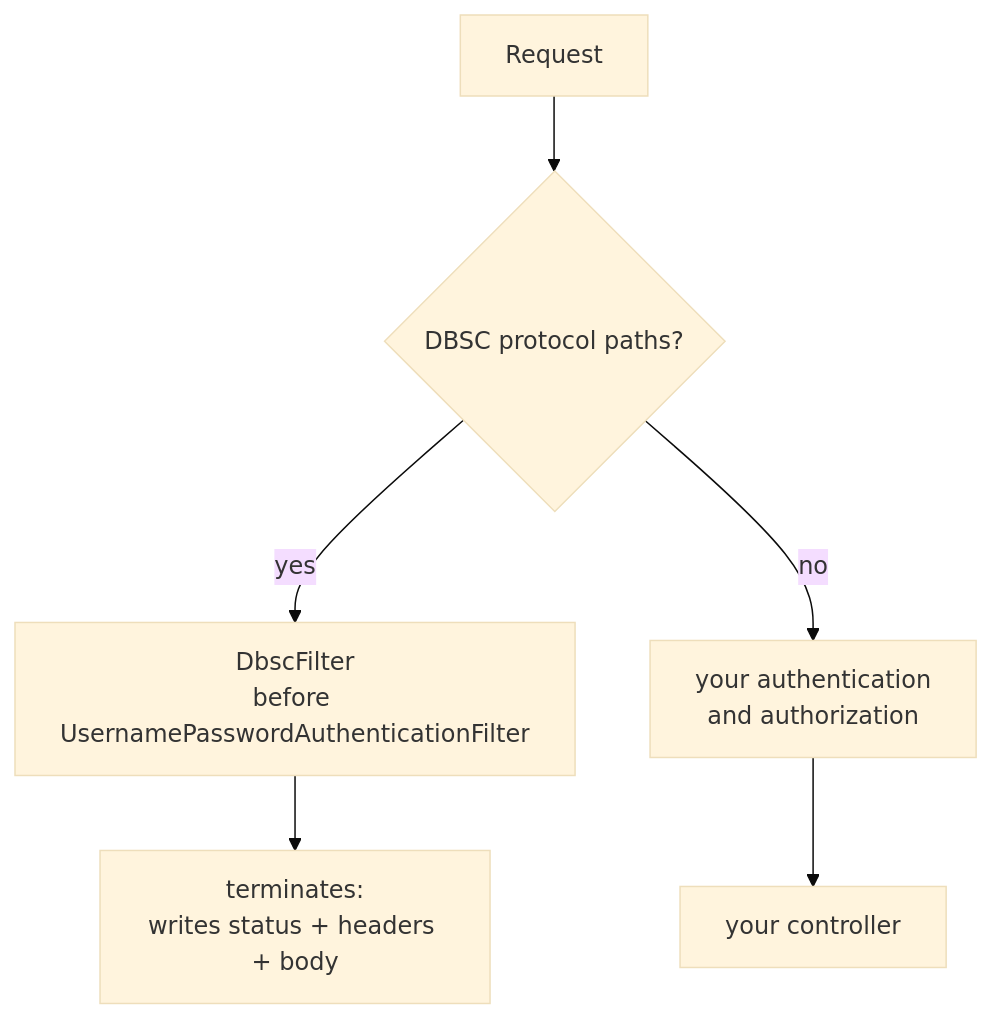
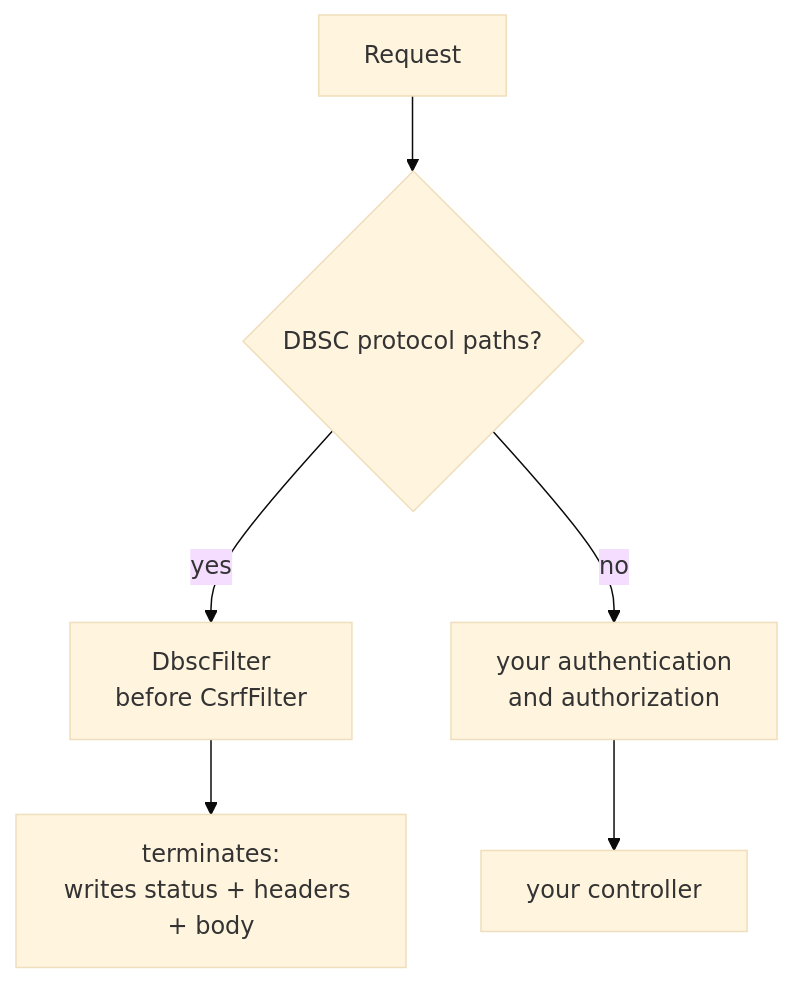
The diagram in README.md (yuukioosaka/spring-dbsc), drawn with Mermaid (base theme) before and after one commit. The commit also changed other lines of this file and 9 other files, not shown here.

````diff
--- a/README.md
+++ b/README.md
@@ -585,8 +365,8 @@
 ```mermaid
 flowchart TD
     A[Request] --> B{DBSC protocol paths?}
-    B -- yes --> C[DbscFilter<br/>before UsernamePasswordAuthenticationFilter]
+    B -- yes --> C[DbscFilter<br/>before CsrfFilter]
     C --> C2[terminates:<br/>writes status + headers + body]
     B -- no --> E[your authentication<br/>and authorization]
     E --> F[your controller]
 ```
````
